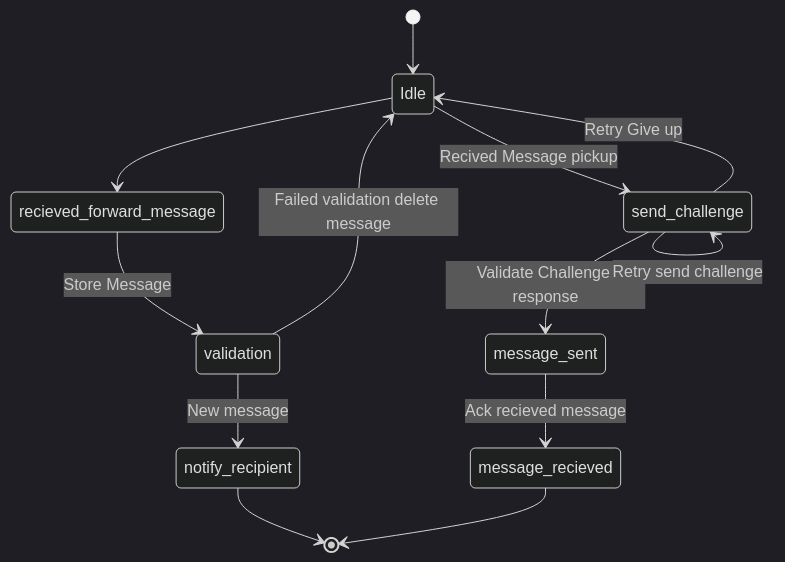
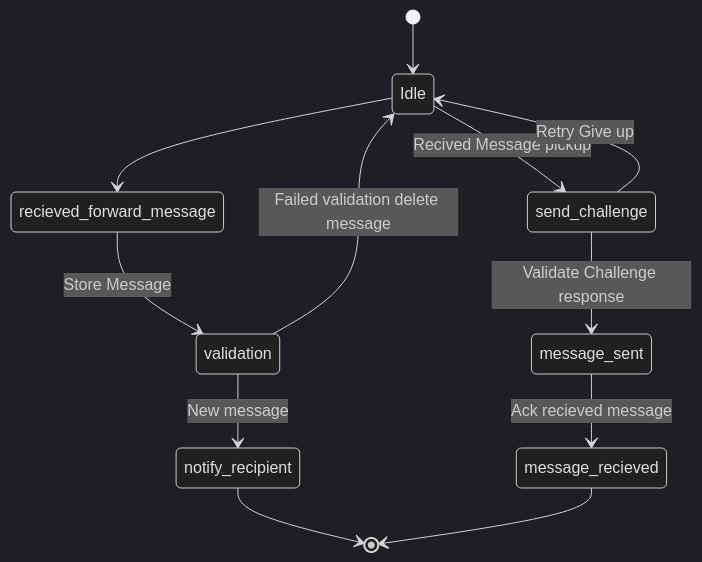
The second of 3 diagrams in mercury/prism-mediator/protocol-mercury-mailbox/Mercury-Mailbox-Protocol.md (hyperledger/identus-cloud-agent), drawn with Mermaid (dark theme) before and after one commit.

Commit message:
updated some based on comments

````diff
--- a/mercury/prism-mediator/protocol-mercury-mailbox/Mercury-Mailbox-Protocol.md
+++ b/mercury/prism-mediator/protocol-mercury-mailbox/Mercury-Mailbox-Protocol.md
@@ -32,16 +32,15 @@
 ```mermaid
 stateDiagram-v2
 state "Idle" as idle
 [*] --> idle
 idle --> recieved_forward_message
 recieved_forward_message --> validation             :Store Message
 validation --> idle                                 :Failed validation delete message
 validation --> notify_recipient                     :New message
 notify_recipient --> [*]
 idle --> send_challenge                             :Recived Message pickup       
 send_challenge --> message_sent                     :Validate Challenge response
-send_challenge --> send_challenge                   :Retry send challenge
 send_challenge --> idle                             :Retry Give up   
 message_sent --> message_recieved                   :Ack recieved message
 message_recieved --> [*]                             
 ```
````
